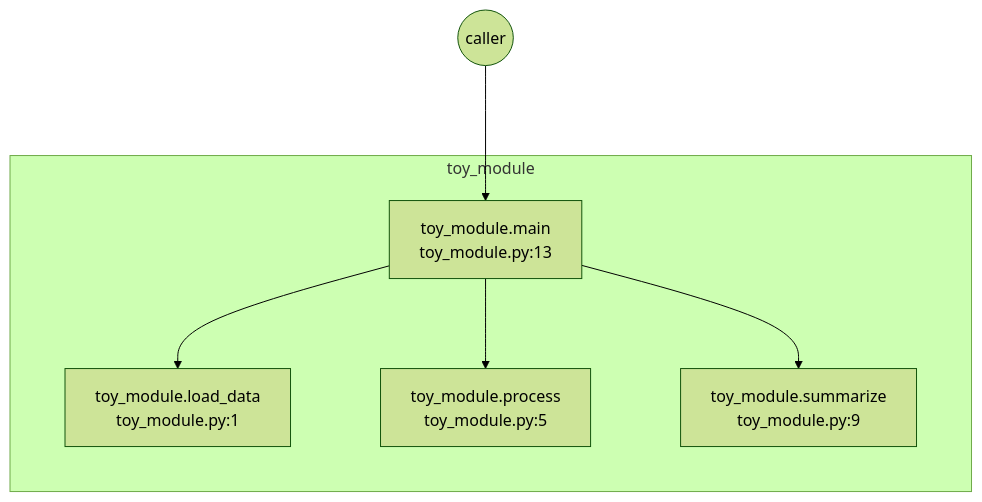
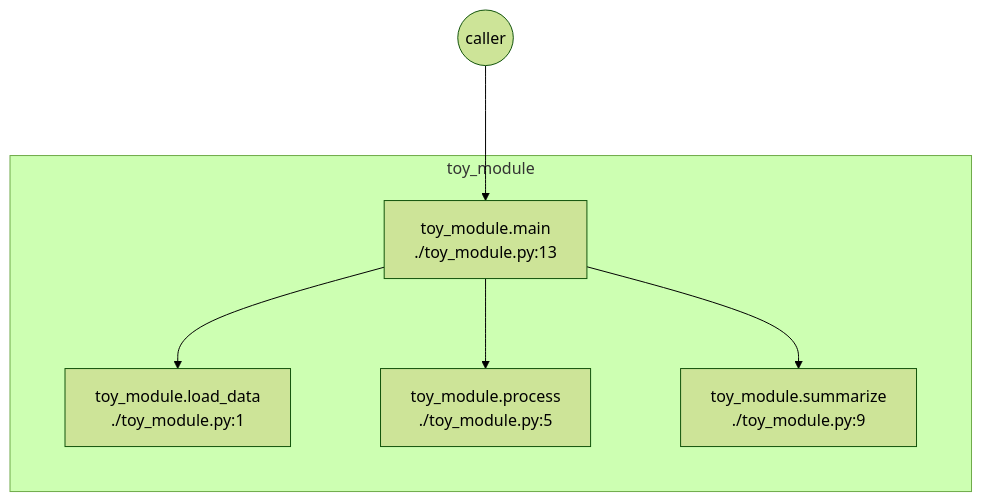
The diagram in examples/simple/trace.md (yananchuk/exec_tracer), drawn with Mermaid (forest theme) before and after one commit. The commit also changed other lines of this file and 9 other files, not shown here.

````diff
--- a/examples/simple/trace.md
+++ b/examples/simple/trace.md
@@ -1,15 +1,15 @@
 ```mermaid
 %%{init: {'maxTextSize': 100000, 'flowchart': {'nodeSpacing': 90, 'rankSpacing': 90}}}%%
 flowchart TD
     start(("caller"))
     subgraph toy_module
-    n0["toy_module.main<br/>toy_module.py:13"]
-    n1["toy_module.load_data<br/>toy_module.py:1"]
-    n2["toy_module.process<br/>toy_module.py:5"]
-    n3["toy_module.summarize<br/>toy_module.py:9"]
+    n0["toy_module.main<br/>./toy_module.py:13"]
+    n1["toy_module.load_data<br/>./toy_module.py:1"]
+    n2["toy_module.process<br/>./toy_module.py:5"]
+    n3["toy_module.summarize<br/>./toy_module.py:9"]
     end
     start --> n0
     n0 --> n1
     n0 --> n2
     n0 --> n3
 ```
````
